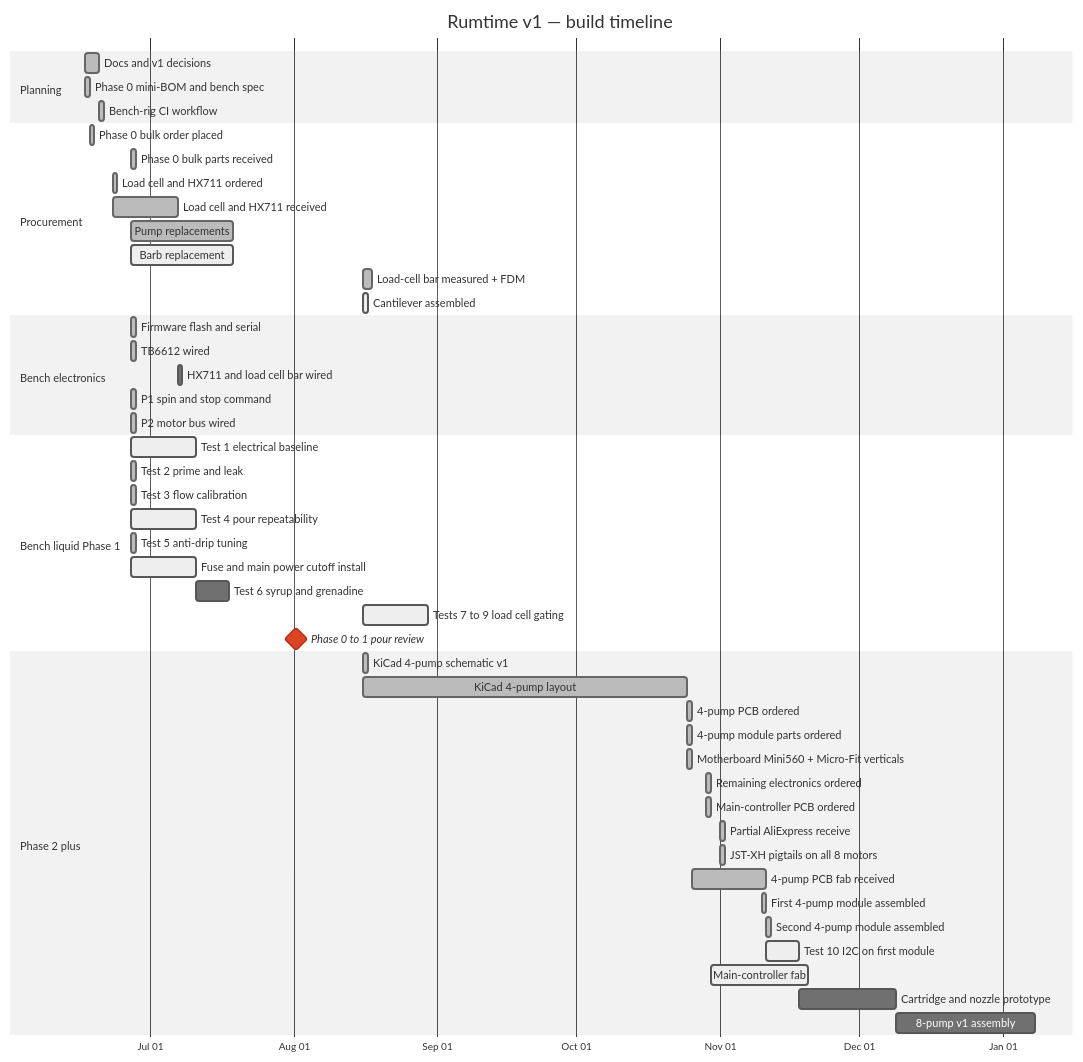
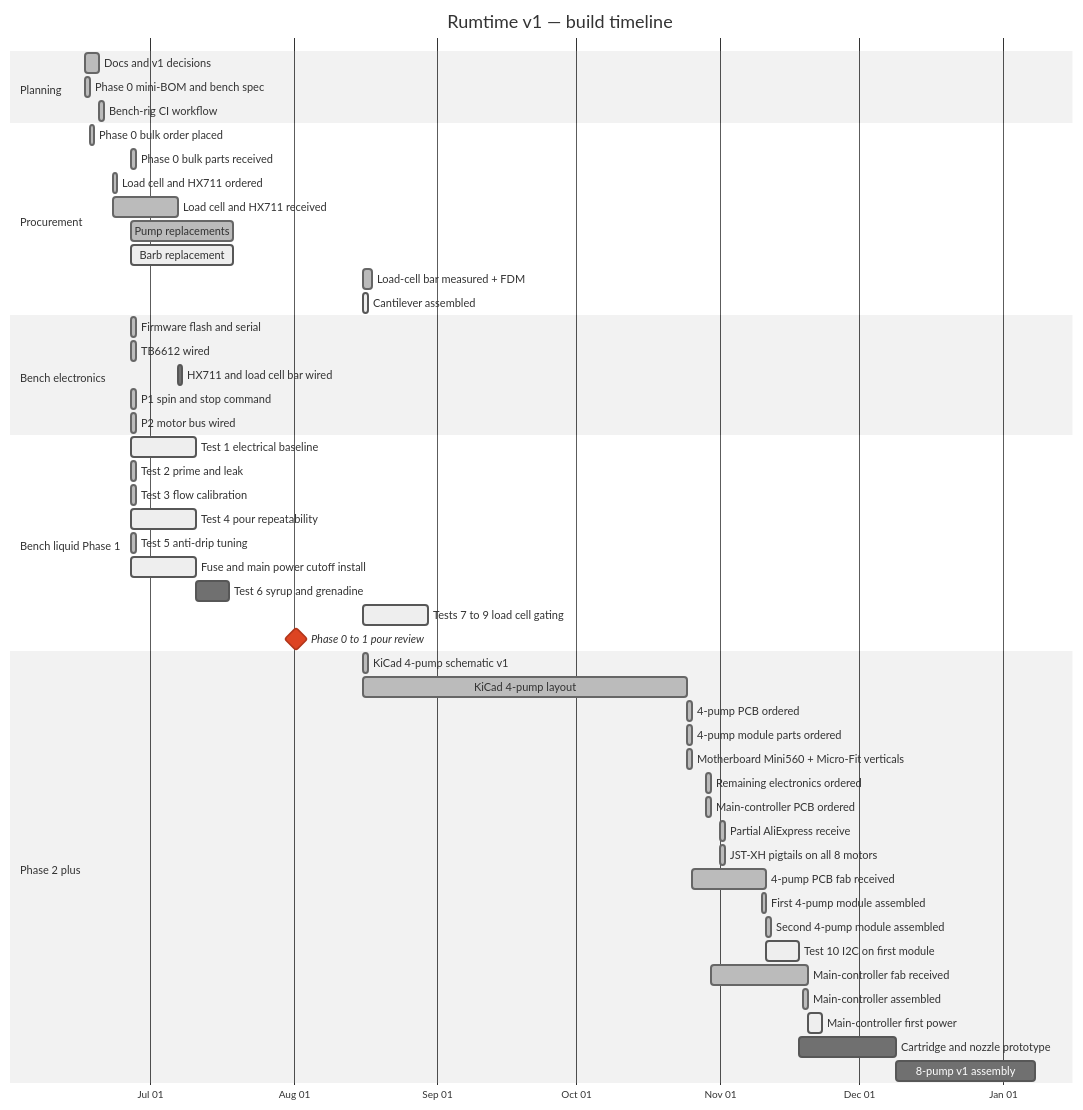
One commit to cjlawson02/Rumtime changed the diagram in docs/15-project-timeline.md. Above: the diagram before and after it, drawn with Mermaid (neutral theme). The commit also changed other lines of this file and 50 other files, not shown here.

````diff
--- a/docs/15-project-timeline.md
+++ b/docs/15-project-timeline.md
@@ -11,57 +11,59 @@
 ```mermaid
 gantt
     title Rumtime v1 — build timeline
     dateFormat YYYY-MM-DD
     axisFormat %b %d
 
     section Planning
     Docs and v1 decisions           :done, plan, 2026-06-17, 3d
     Phase 0 mini-BOM and bench spec :done, bom, 2026-06-17, 1d
     Bench-rig CI workflow           :done, ci, 2026-06-20, 1d
 
     section Procurement
     Phase 0 bulk order placed      :done, po, 2026-06-18, 1d
     Phase 0 bulk parts received    :done, recv, 2026-06-27, 1d
     Load cell and HX711 ordered     :done, lc_po, 2026-06-23, 1d
     Load cell and HX711 received    :done, lc_recv, 2026-06-23, 14d
     Pump replacements              :done, pump_returns, 2026-06-27, 22d
     Barb replacement               :active, barb_return, 2026-06-27, 22d
     Load-cell bar measured + FDM   :done, lc_cad, 2026-08-16, 2d
     Cantilever assembled           :active, lc_asm, 2026-08-16, 1d
 
     section Bench electronics
     Firmware flash and serial       :done, fw, 2026-06-27, 1d
     TB6612 wired                    :done, wire, 2026-06-27, 1d
     HX711 and load cell bar wired   :lc_wire, after lc_recv, 1d
     P1 spin and stop command        :done, p1e, 2026-06-27, 1d
     P2 motor bus wired              :done, p2e, 2026-06-27, 1d
 
     section Bench liquid Phase 1
     Test 1 electrical baseline      :active, t1, 2026-06-27, 14d
     Test 2 prime and leak           :done, t2, 2026-06-27, 1d
     Test 3 flow calibration         :done, t3, 2026-06-27, 1d
     Test 4 pour repeatability       :active, t4, 2026-06-27, 14d
     Test 5 anti-drip tuning         :done, t5, 2026-06-27, 1d
     Fuse and main power cutoff install    :active, safe, 2026-06-27, 14d
     Test 6 syrup and grenadine      :t6, 2026-07-11, 7d
     Tests 7 to 9 load cell gating   :active, t79, 2026-08-16, 14d
     Phase 0 to 1 pour review        :milestone, crit, p01exit, 2026-08-01, 1d
 
     section Phase 2 plus
     KiCad 4-pump schematic v1      :done, p2sch, 2026-08-16, 1d
     KiCad 4-pump layout            :done, p2des, 2026-08-16, 70d
     4-pump PCB ordered             :done, p2po, 2026-10-25, 1d
     4-pump module parts ordered    :done, p2parts, 2026-10-25, 1d
     Motherboard Mini560 + Micro-Fit verticals :done, mbparts, 2026-10-25, 1d
     Remaining electronics ordered  :done, mbparts2, 2026-10-29, 1d
     Main-controller PCB ordered    :done, mbpo, 2026-10-29, 1d
     Partial AliExpress receive     :done, ae_recv1, 2026-11-01, 1d
     JST-XH pigtails on all 8 motors :done, jst8, 2026-11-01, 1d
     4-pump PCB fab received        :done, p2fab, after p2po, 16d
     First 4-pump module assembled  :done, p2asm1, 2026-11-10, 1d
     Second 4-pump module assembled :done, p2asm2, after p2asm1, 1d
     Test 10 I2C on first module    :active, t10, after p2asm1, 7d
-    Main-controller fab            :active, mbfab, after mbpo, 21d
+    Main-controller fab received   :done, mbfab, after mbpo, 21d
+    Main-controller assembled      :done, mbasm, 2026-11-19, 1d
+    Main-controller first power    :active, mbpwr, after mbasm, 3d
     Cartridge and nozzle prototype  :p3, after t10, 21d
     8-pump v1 assembly              :p4, after p3, 30d
 ```
````
